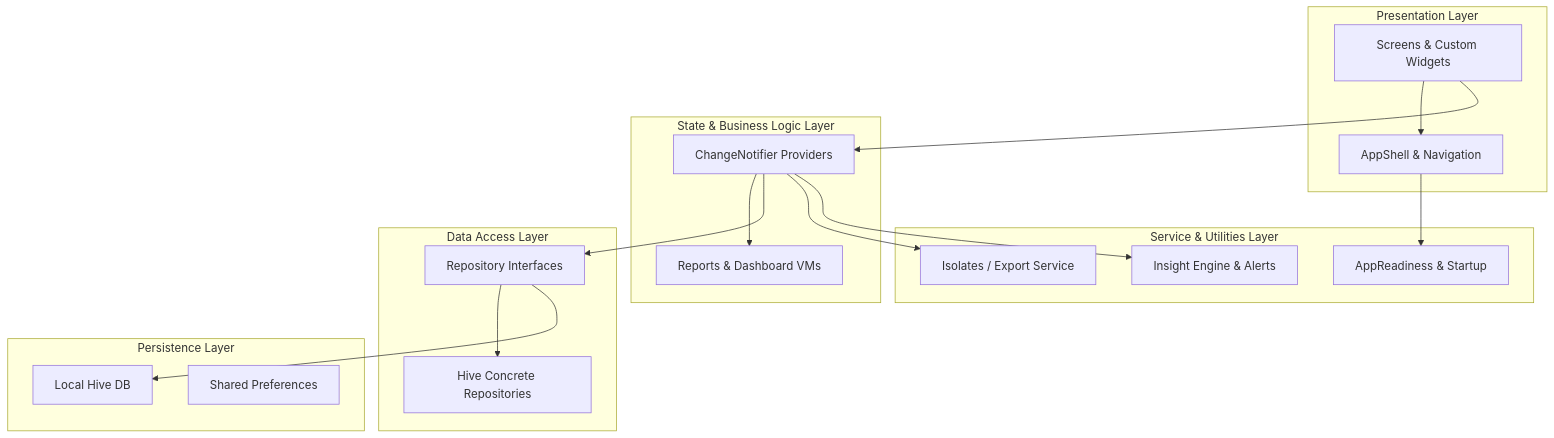
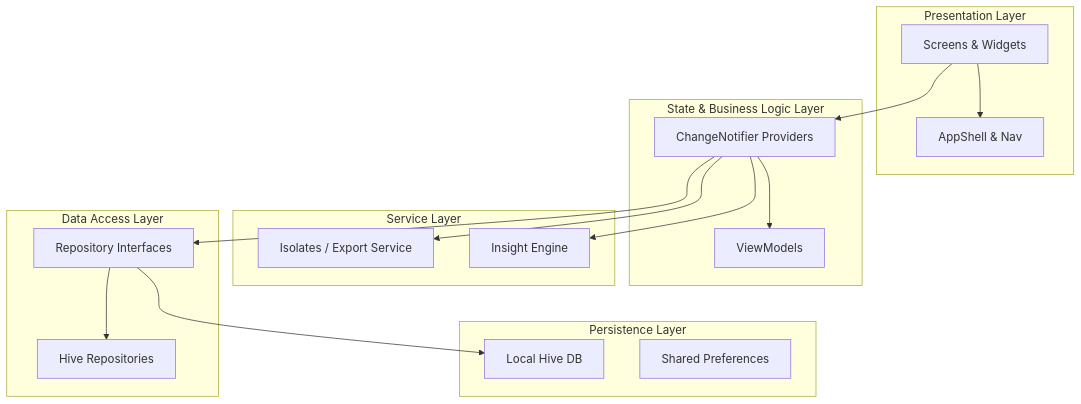
One commit to 2005-rafi/budgo changed the diagram in README.md. Above: the diagram before and after it, drawn with Mermaid. The commit also changed other lines of this file, not shown here.

````diff
--- a/README.md
+++ b/README.md
@@ -11,32 +148,30 @@
 ```mermaid
 graph TD
     subgraph Presentation Layer
-        UI[Screens & Custom Widgets] --> Shell[AppShell & Navigation]
+        UI[Screens & Widgets] --> Shell[AppShell & Nav]
     end
 
     subgraph State & Business Logic Layer
-        Provider[ChangeNotifier Providers] --> ViewModels[Reports & Dashboard VMs]
+        Provider[ChangeNotifier Providers] --> ViewModels[ViewModels]
     end
 
-    subgraph Service & Utilities Layer
+    subgraph Service Layer
         Isolates[Isolates / Export Service]
-        Insights[Insight Engine & Alerts]
-        Notifier[AppReadiness & Startup]
+        Insights[Insight Engine]
     end
 
     subgraph Data Access Layer
-        Repo[Repository Interfaces] --> HiveRepo[Hive Concrete Repositories]
+        Repo[Repository Interfaces] --> HiveRepo[Hive Repositories]
     end
 
     subgraph Persistence Layer
         Hive[Local Hive DB]
         Prefs[Shared Preferences]
     end
 
     UI --> Provider
     Provider --> Repo
     Repo --> Hive
     Provider --> Isolates
     Provider --> Insights
-    Shell --> Notifier
 ```
````
